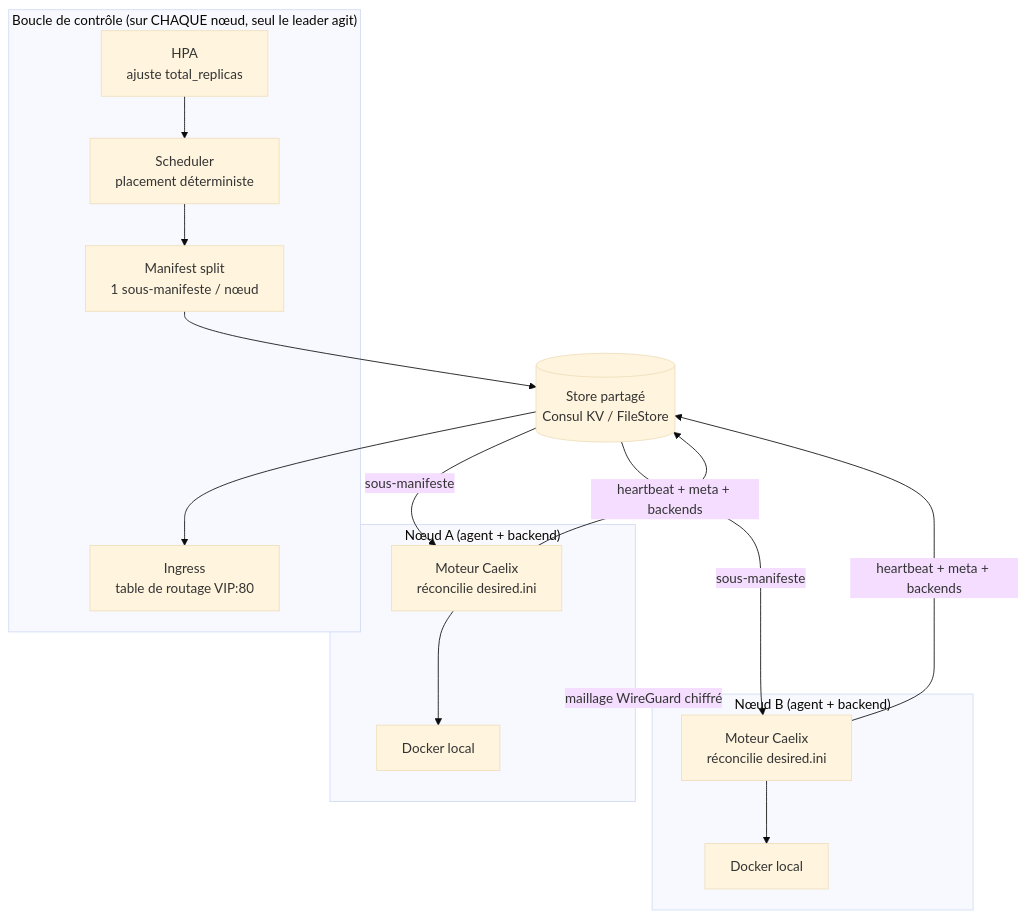
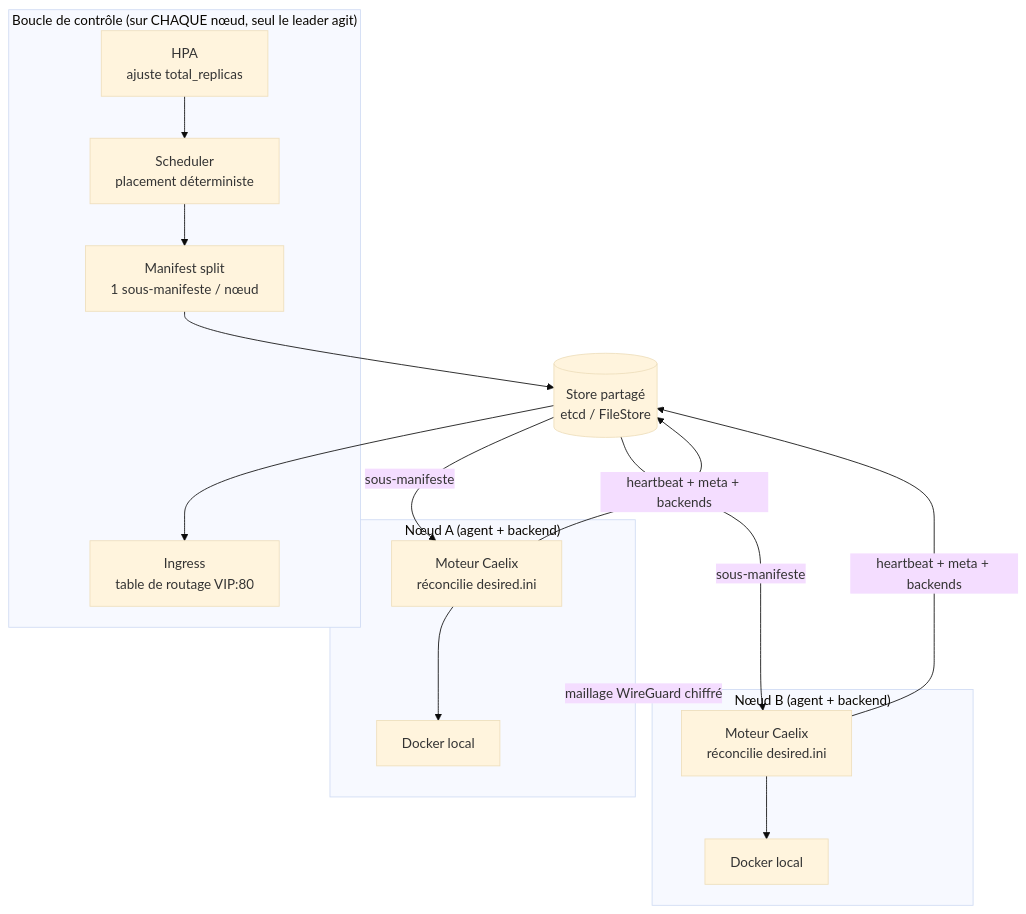
The diagram in docs/architecture/cluster.md (Arcneell/Caelix-docs), drawn with Mermaid (base theme) before and after one commit. The commit also changed other lines of this file and 24 other files, not shown here.

````diff
--- a/docs/architecture/cluster.md
+++ b/docs/architecture/cluster.md
@@ -35,28 +35,28 @@
 ```mermaid
 graph TB
     subgraph CP["Boucle de contrôle (sur CHAQUE nœud, seul le leader agit)"]
         hpa["HPA<br>ajuste total_replicas"]
         sched["Scheduler<br>placement déterministe"]
         split["Manifest split<br>1 sous-manifeste / nœud"]
         ingress["Ingress<br>table de routage VIP:80"]
     end
 
-    store[("Store partagé<br>Consul KV / FileStore")]
+    store[("Store partagé<br>etcd / FileStore")]
 
     subgraph N1["Nœud A (agent + backend)"]
         a1["Moteur Caelix<br>réconcilie desired.ini"]
         d1["Docker local"]
     end
     subgraph N2["Nœud B (agent + backend)"]
         a2["Moteur Caelix<br>réconcilie desired.ini"]
         d2["Docker local"]
     end
 
     hpa --> sched --> split --> store
     store -->|sous-manifeste| a1 --> d1
     store -->|sous-manifeste| a2 --> d2
     a1 -->|heartbeat + meta + backends| store
     a2 -->|heartbeat + meta + backends| store
     store --> ingress
     N1 <-->|maillage WireGuard chiffré| N2
 ```
````
